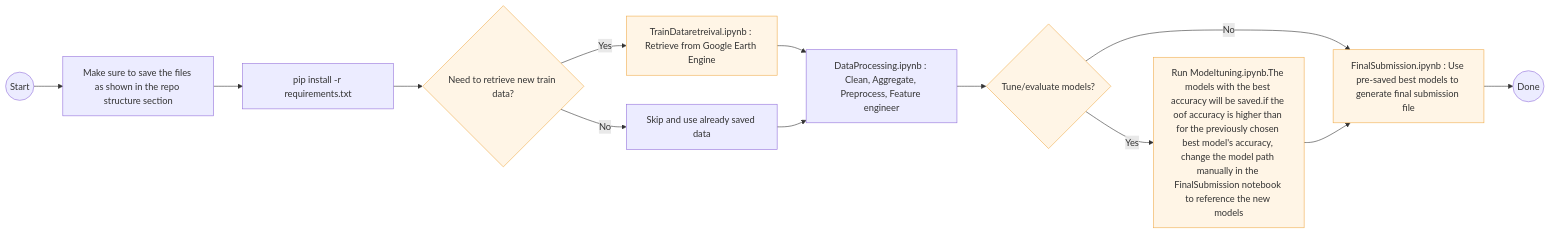
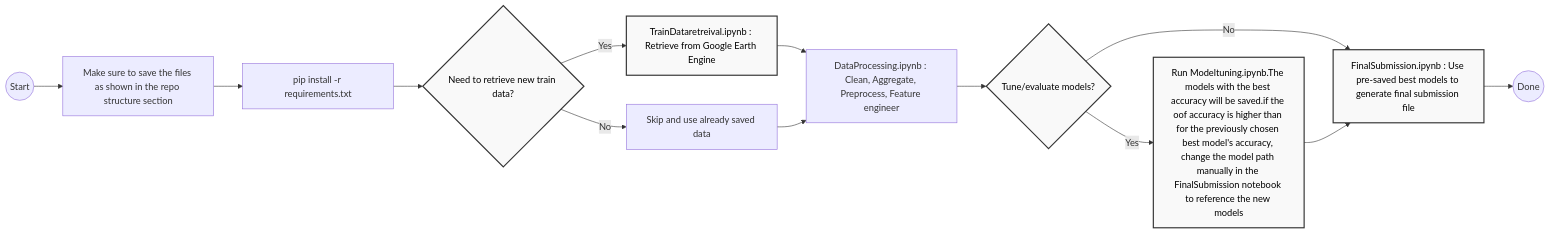
One commit to Julie-Montague/GEO_CROPMAPPING_CHALLENGE changed the diagram in README.md. Above: the diagram before and after it, drawn with Mermaid.

````diff
--- a/README.md
+++ b/README.md
@@ -75,29 +75,29 @@
 ```mermaid
 flowchart LR
     %% Workflow for training & submission
 
     A((Start)) --> B[Make sure to save the files as shown in the repo structure section]
     B --> C[pip install -r requirements.txt]
 
     %% Optional: data retrieval
     C --> D{Need to retrieve new train data?}
     D -- Yes --> E[TrainDataretreival.ipynb : Retrieve from Google Earth Engine ]
     D -- No  --> F[Skip and use already saved data]
 
     %% Processing
     E --> G[DataProcessing.ipynb : Clean, Aggregate, Preprocess, Feature engineer]
     F --> G
 
     %% Optional: model tuning
     G --> H{Tune/evaluate models?}
     H -- Yes --> I[Run Modeltuning.ipynb.The models with the best accuracy will be saved.if the oof accuracy is higher than for the previously chosen best model's accuracy, change the model path manually in the FinalSubmission notebook to reference the new models]
     H -- No  --> J[FinalSubmission.ipynb : Use pre-saved best models to generate final submission file]
 
     %% Final submission
     I --> J
     J --> K((Done))
 
     %% Styling (optional)
-    classDef optional fill:#fff5e6,stroke:#f0ad4e,stroke-width:1px;
+    classDef optional fill:#f9f9f9,stroke:#333,stroke-width:2px,color:#000;
     class D,E,H,I,J optional;
 ```
````
